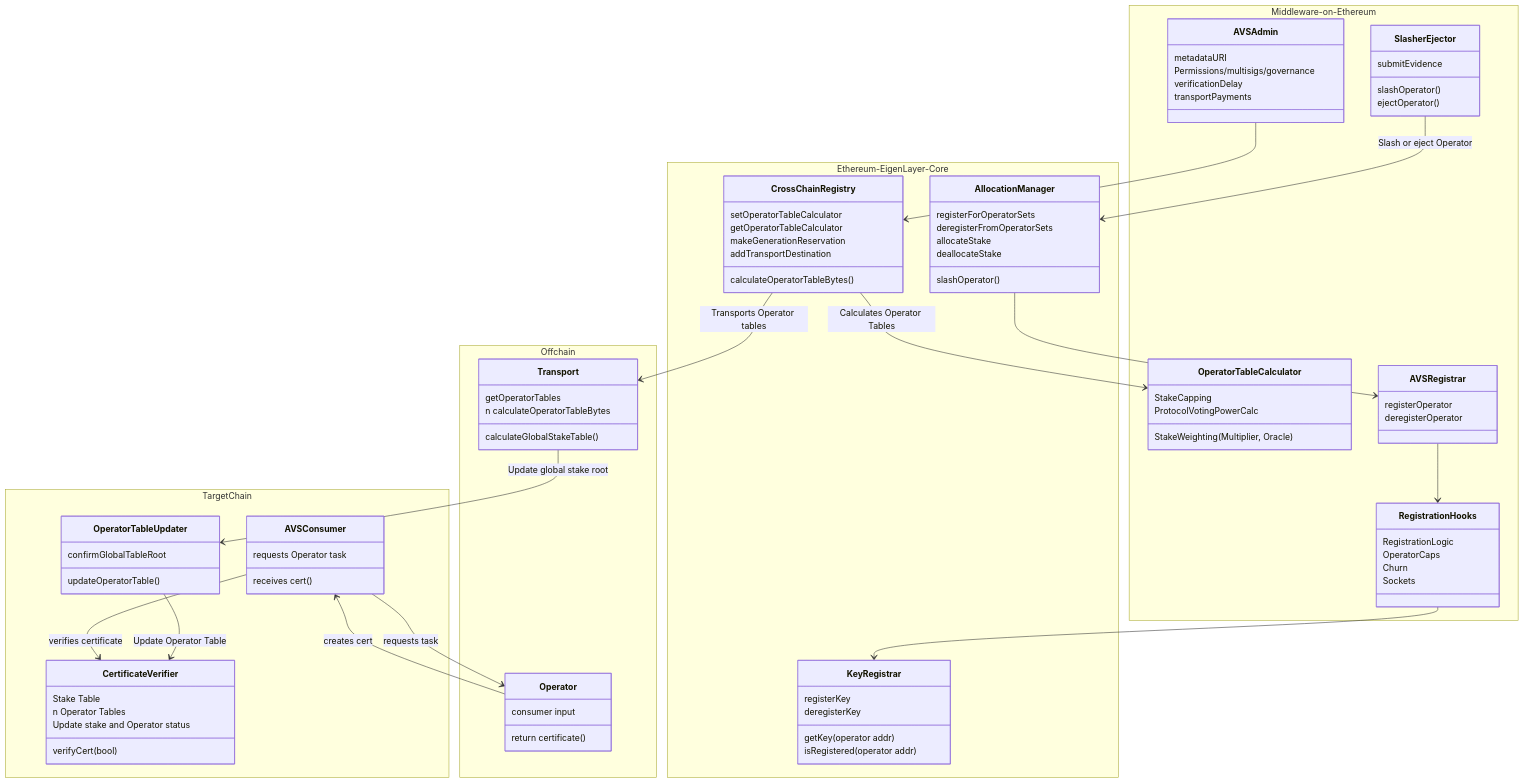
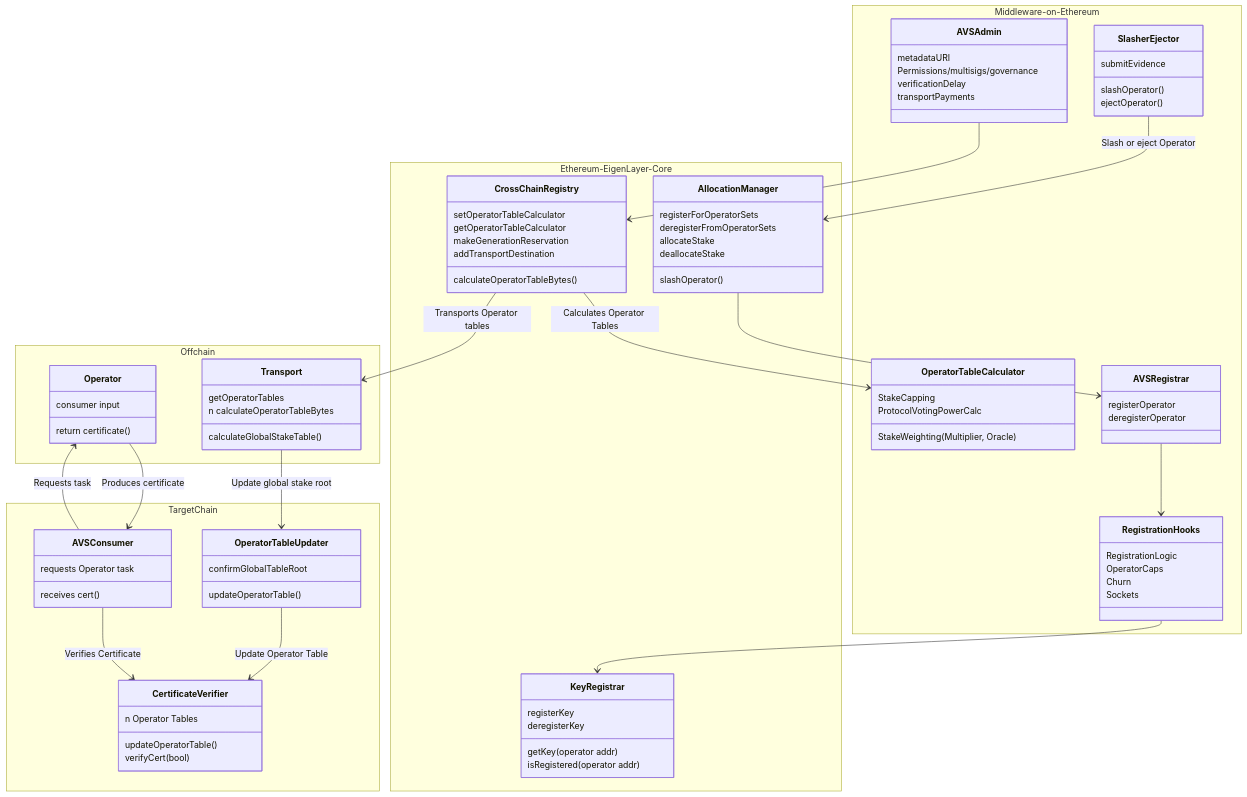
Before and after one commit to eigenfoundation/ELIPs: the second of 2 diagrams in ELIPs/ELIP-008.md, drawn with Mermaid. The commit also changed other lines of this file, not shown here.

Commit message:
final diagram fix

````diff
--- a/ELIPs/ELIP-008.md
+++ b/ELIPs/ELIP-008.md
@@ -184,18 +184,18 @@
   }
 }
 namespace TargetChain{
+    class OperatorTableUpdater{
+      confirmGlobalTableRoot
+      updateOperatorTable()
+    }
+    class CertificateVerifier{
+      n Operator Tables
+      updateOperatorTable()
+      verifyCert (bool)
+    }
     class AVSConsumer{
       requests Operator task 
       receives cert ()
-    }
-    class CertificateVerifier{
-      Stake Table
-      n Operator Tables
-      verifyCert (bool)
-    }
-    class OperatorTableUpdater{
-        confirmGlobalTableRoot
-        updateOperatorTable()
     }
 }
 
@@ -219,8 +219,7 @@
 CrossChainRegistry --> Transport : Transports Operator tables
 Transport --> OperatorTableUpdater: Update global stake root 
 OperatorTableUpdater --> CertificateVerifier: Update Operator Table
-CertificateVerifier : Update stake and Operator status
-AVSConsumer --> Operator : requests task
-Operator --> AVSConsumer: creates cert
-AVSConsumer --> CertificateVerifier : verifies certificate
+Operator --> AVSConsumer : Produces certificate
+Operator <-- AVSConsumer : Requests task
+AVS Consumer --> CertificateVerifier : Verifies Certificate
 ```
````
